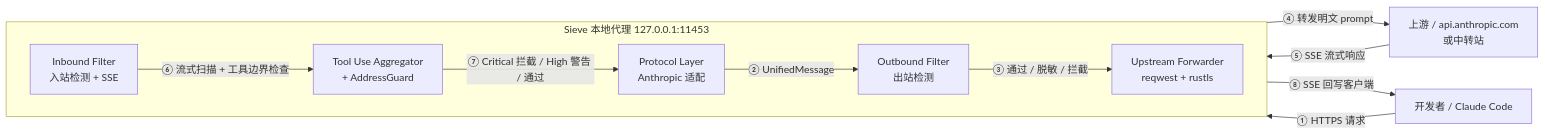
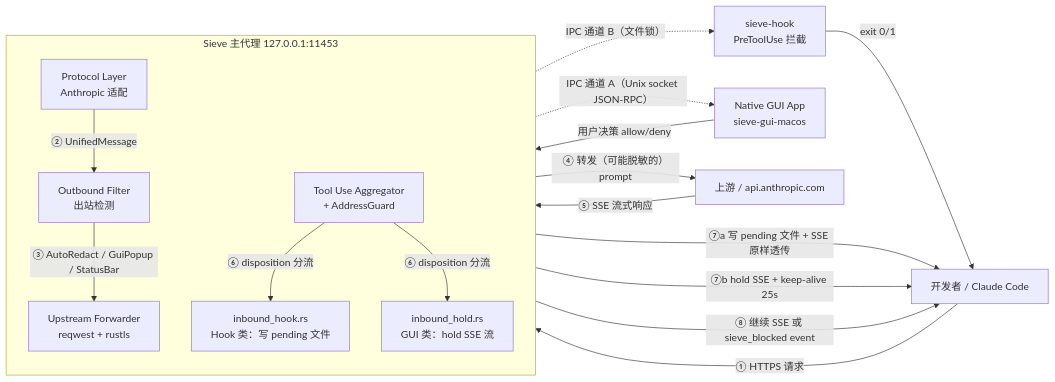
Before and after one commit to SieveAI-dev/sieve: the diagram in docs/design/architecture.md, drawn with Mermaid. The commit also changed other lines of this file and 77 other files, not shown here.

````diff
--- a/docs/design/architecture.md
+++ b/docs/design/architecture.md
@@ -54,22 +131,33 @@
 ```mermaid
 flowchart LR
     Dev[开发者 / Claude Code]
-    subgraph Sieve [Sieve 本地代理 127.0.0.1:11453]
-        direction LR
+    Hook[sieve-hook<br/>PreToolUse 拦截]
+    GUI[Native GUI App<br/>sieve-gui-macos]
+
+    subgraph Sieve [Sieve 主代理 127.0.0.1:11453]
+        direction TB
         Proto[Protocol Layer<br/>Anthropic 适配]
         Out[Outbound Filter<br/>出站检测]
         Fwd[Upstream Forwarder<br/>reqwest + rustls]
-        In[Inbound Filter<br/>入站检测 + SSE]
+        InHook[inbound_hook.rs<br/>Hook 类：写 pending 文件]
+        InHold[inbound_hold.rs<br/>GUI 类：hold SSE 流]
         Agg[Tool Use Aggregator<br/>+ AddressGuard]
     end
-    Up[上游 / api.anthropic.com<br/>或中转站]
+
+    Up[上游 / api.anthropic.com]
 
     Dev -->|① HTTPS 请求| Proto
     Proto -->|② UnifiedMessage| Out
-    Out -->|③ 通过 / 脱敏 / 拦截| Fwd
-    Fwd -->|④ 转发明文 prompt| Up
-    Up -->|⑤ SSE 流式响应| In
-    In -->|⑥ 流式扫描 + 工具边界检查| Agg
-    Agg -->|⑦ Critical 拦截 / High 警告 / 通过| Proto
-    Proto -->|⑧ SSE 回写客户端| Dev
+    Out -->|③ AutoRedact / GuiPopup / StatusBar| Fwd
+    Fwd -->|④ 转发（可能脱敏的）prompt| Up
+    Up -->|⑤ SSE 流式响应| Agg
+    Agg -->|⑥ disposition 分流| InHook
+    Agg -->|⑥ disposition 分流| InHold
+    InHook -->|⑦a 写 pending 文件 + SSE 原样透传| Dev
+    InHook -.->|IPC 通道 B（文件锁）| Hook
+    Hook -->|exit 0/1| Dev
+    InHold -->|⑦b hold SSE + keep-alive 25s| Dev
+    InHold -.->|IPC 通道 A（Unix socket JSON-RPC）| GUI
+    GUI -->|用户决策 allow/deny| InHold
+    InHold -->|⑧ 继续 SSE 或 sieve_blocked event| Dev
 ```
````
